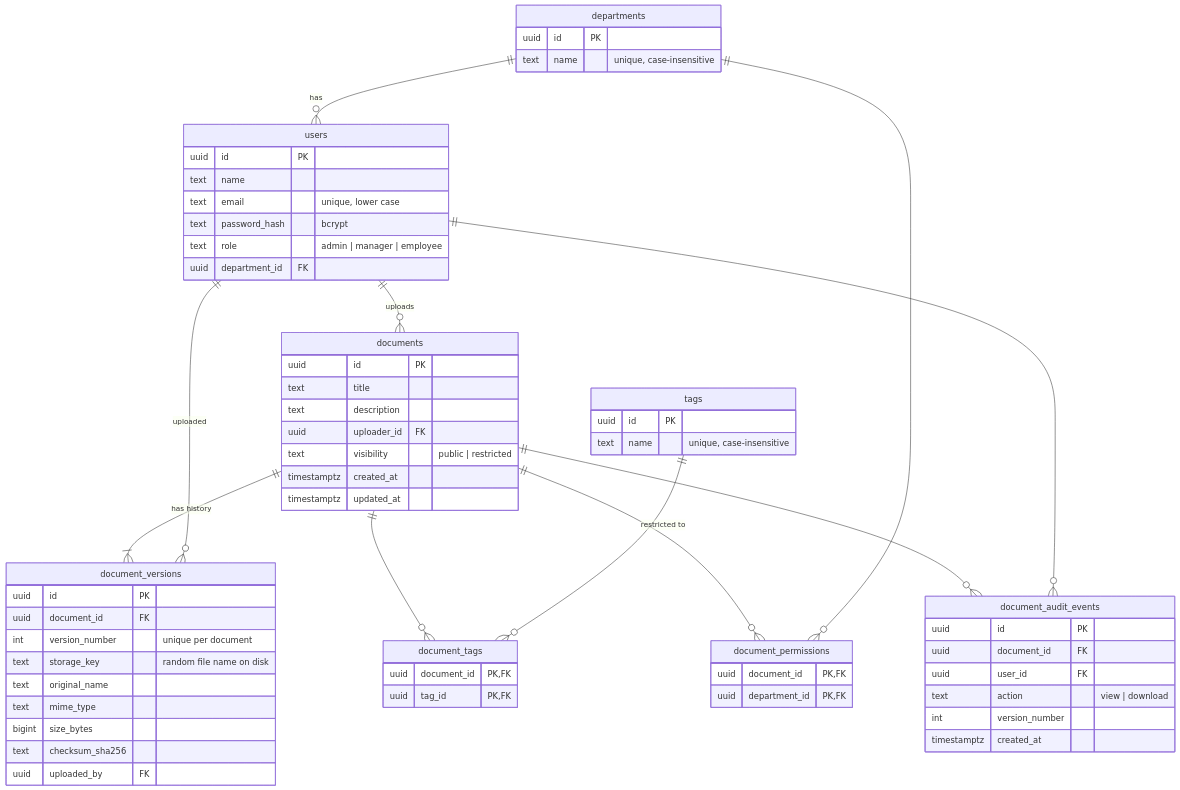
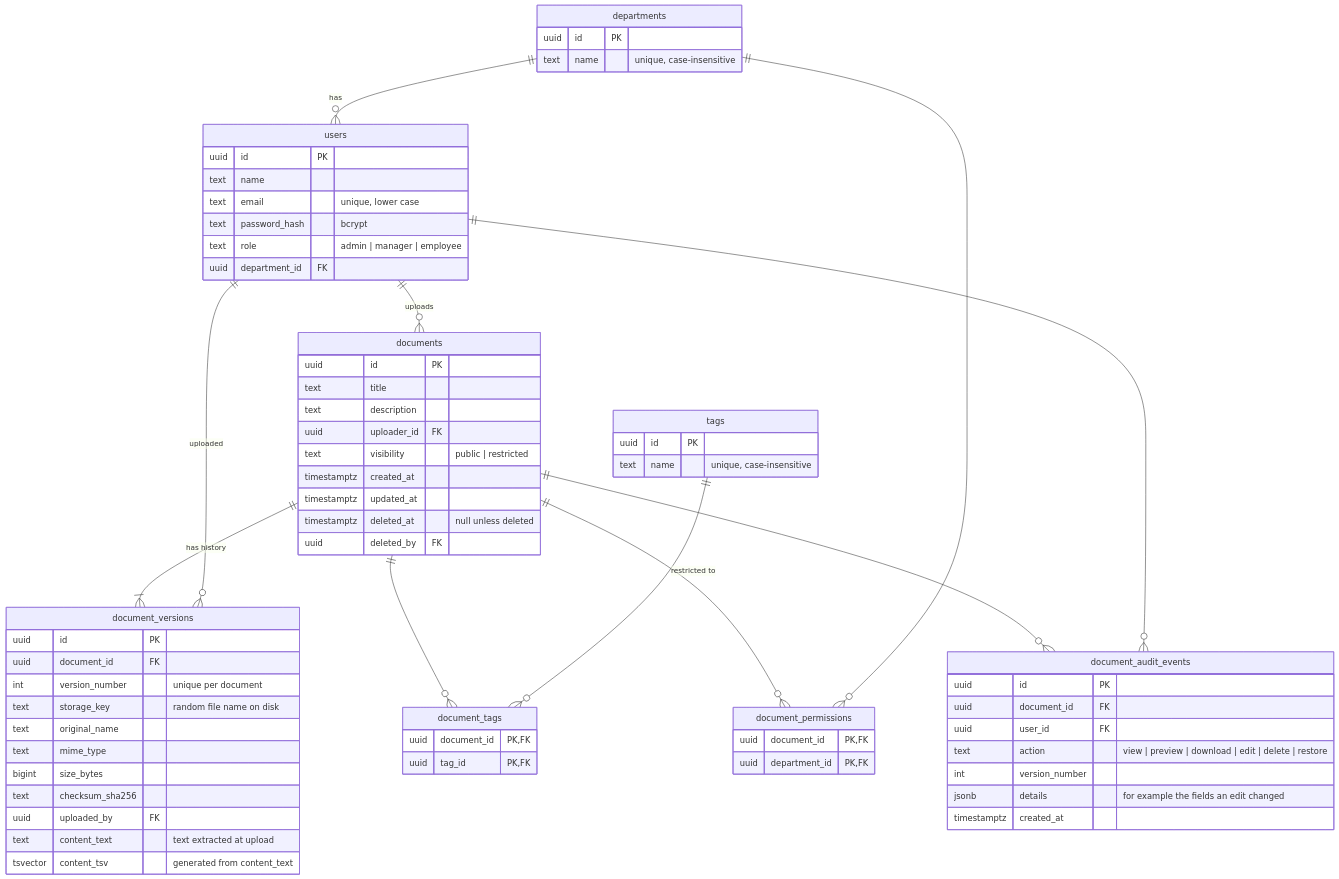
One commit to IbrahiimHassan/Document-Management-System changed the second of 4 diagrams in docs/architecture.md. Above: the diagram before and after it, drawn with Mermaid. The commit also changed other lines of this file and 55 other files, not shown here.

Commit message:
Add edit/delete, content search,virus scanning and previews

````diff
--- a/docs/architecture.md
+++ b/docs/architecture.md
@@ -47,66 +52,71 @@
 ```mermaid
 erDiagram
     departments ||--o{ users : "has"
     users ||--o{ documents : "uploads"
     documents ||--|{ document_versions : "has history"
     users ||--o{ document_versions : "uploaded"
     documents ||--o{ document_tags : ""
     tags ||--o{ document_tags : ""
     documents ||--o{ document_permissions : "restricted to"
     departments ||--o{ document_permissions : ""
     documents ||--o{ document_audit_events : ""
     users ||--o{ document_audit_events : ""
 
     departments {
         uuid id PK
         text name "unique, case-insensitive"
     }
     users {
         uuid id PK
         text name
         text email "unique, lower case"
         text password_hash "bcrypt"
         text role "admin | manager | employee"
         uuid department_id FK
     }
     documents {
         uuid id PK
         text title
         text description
         uuid uploader_id FK
         text visibility "public | restricted"
         timestamptz created_at
         timestamptz updated_at
+        timestamptz deleted_at "null unless deleted"
+        uuid deleted_by FK
     }
     document_versions {
         uuid id PK
         uuid document_id FK
         int version_number "unique per document"
         text storage_key "random file name on disk"
         text original_name
         text mime_type
         bigint size_bytes
         text checksum_sha256
         uuid uploaded_by FK
+        text content_text "text extracted at upload"
+        tsvector content_tsv "generated from content_text"
     }
     tags {
         uuid id PK
         text name "unique, case-insensitive"
     }
     document_tags {
         uuid document_id PK, FK
         uuid tag_id PK, FK
     }
     document_permissions {
         uuid document_id PK, FK
         uuid department_id PK, FK
     }
     document_audit_events {
         uuid id PK
         uuid document_id FK
         uuid user_id FK
-        text action "view | download"
+        text action "view | preview | download | edit | delete | restore"
         int version_number
+        jsonb details "for example the fields an edit changed"
         timestamptz created_at
     }
 ```
````
